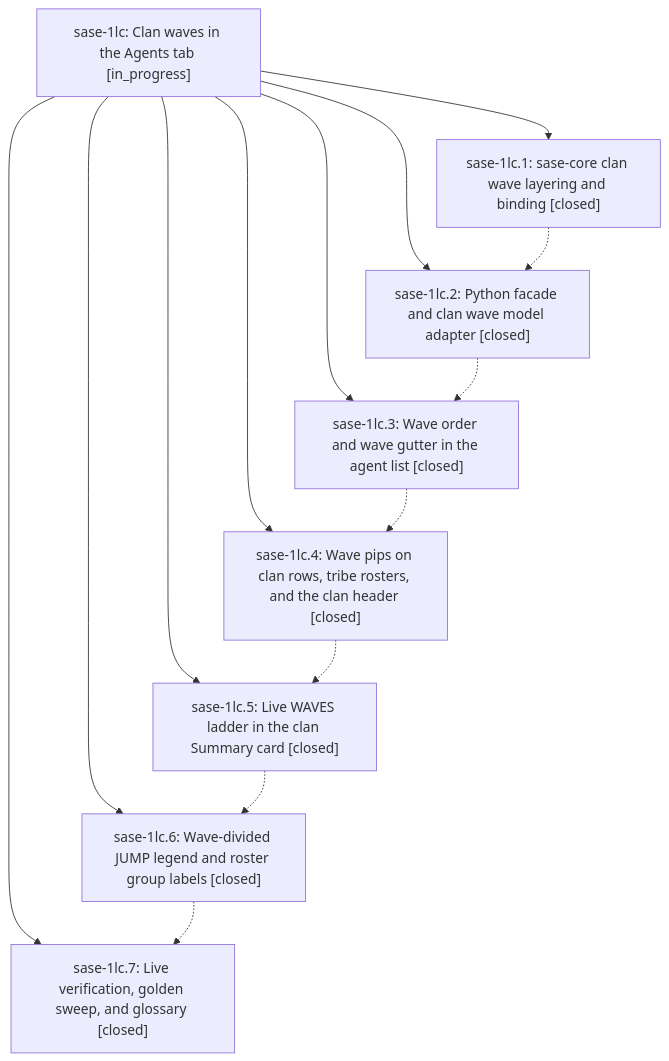
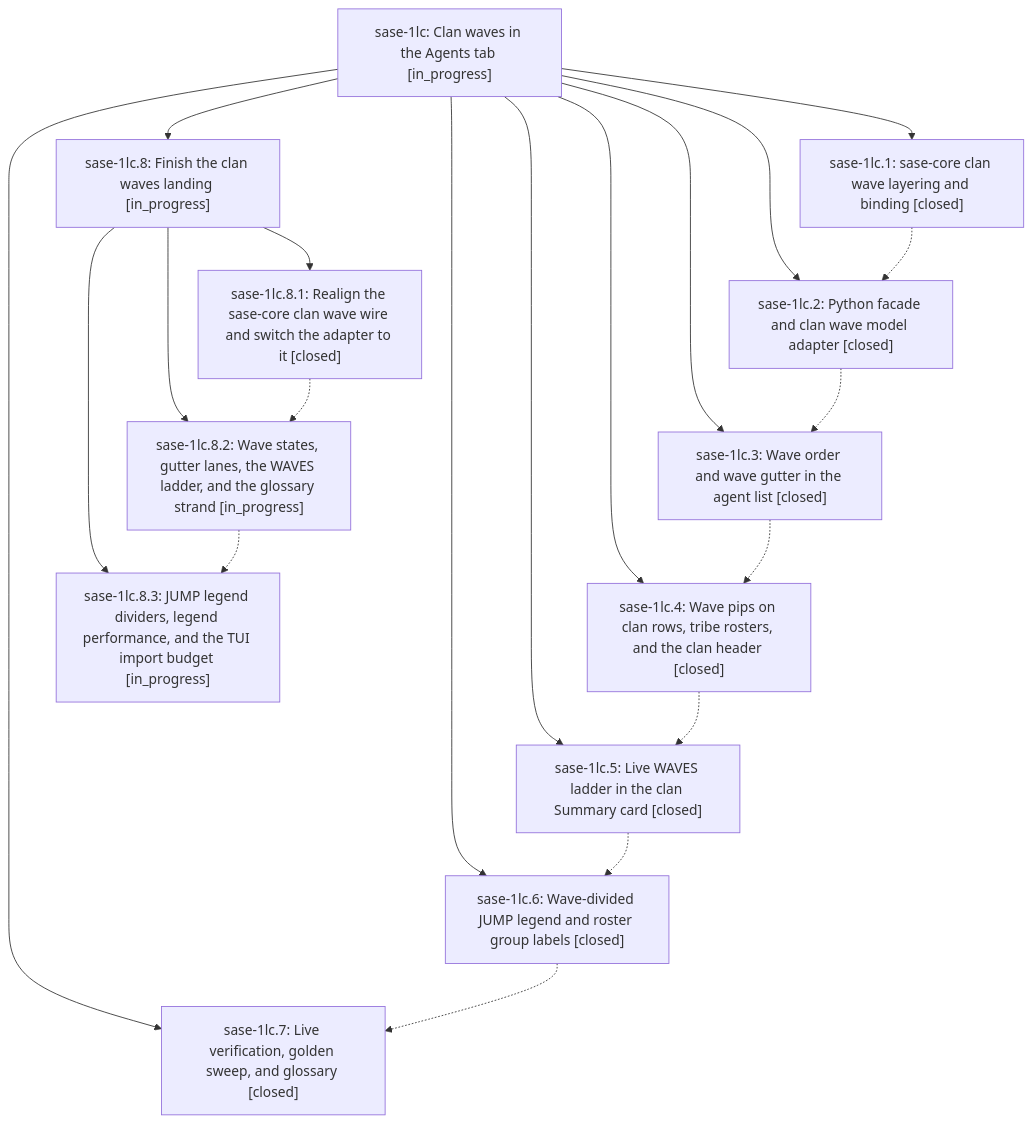
The diagram in pages/sase-1lc/README.md (sase-org/sase--beads), drawn with Mermaid before and after one commit. The commit also changed other lines of this file and 5 other files, not shown here.

````diff
--- a/pages/sase-1lc/README.md
+++ b/pages/sase-1lc/README.md
@@ -42,24 +75,34 @@
 ```mermaid
 flowchart TD
     n0["sase-1lc: Clan waves in the Agents tab [in_progress]"]
     n1["sase-1lc.1: sase-core clan wave layering and binding [closed]"]
     n2["sase-1lc.2: Python facade and clan wave model adapter [closed]"]
     n3["sase-1lc.3: Wave order and wave gutter in the agent list [closed]"]
     n4["sase-1lc.4: Wave pips on clan rows, tribe rosters, and the clan header [closed]"]
     n5["sase-1lc.5: Live WAVES ladder in the clan Summary card [closed]"]
     n6["sase-1lc.6: Wave-divided JUMP legend and roster group labels [closed]"]
     n7["sase-1lc.7: Live verification, golden sweep, and glossary [closed]"]
+    n8["sase-1lc.8: Finish the clan waves landing [in_progress]"]
+    n9["sase-1lc.8.1: Realign the sase-core clan wave wire and switch the adapter to it [closed]"]
+    n10["sase-1lc.8.2: Wave states, gutter lanes, the WAVES ladder, and the glossary strand [in_progress]"]
+    n11["sase-1lc.8.3: JUMP legend dividers, legend performance, and the TUI import budget [in_progress]"]
     n0 --> n1
     n0 --> n2
     n0 --> n3
     n0 --> n4
     n0 --> n5
     n0 --> n6
     n0 --> n7
+    n0 --> n8
+    n8 --> n9
+    n8 --> n10
+    n8 --> n11
     n1 -.-> n2
     n2 -.-> n3
     n3 -.-> n4
     n4 -.-> n5
     n5 -.-> n6
     n6 -.-> n7
+    n9 -.-> n10
+    n10 -.-> n11
 ```
````
